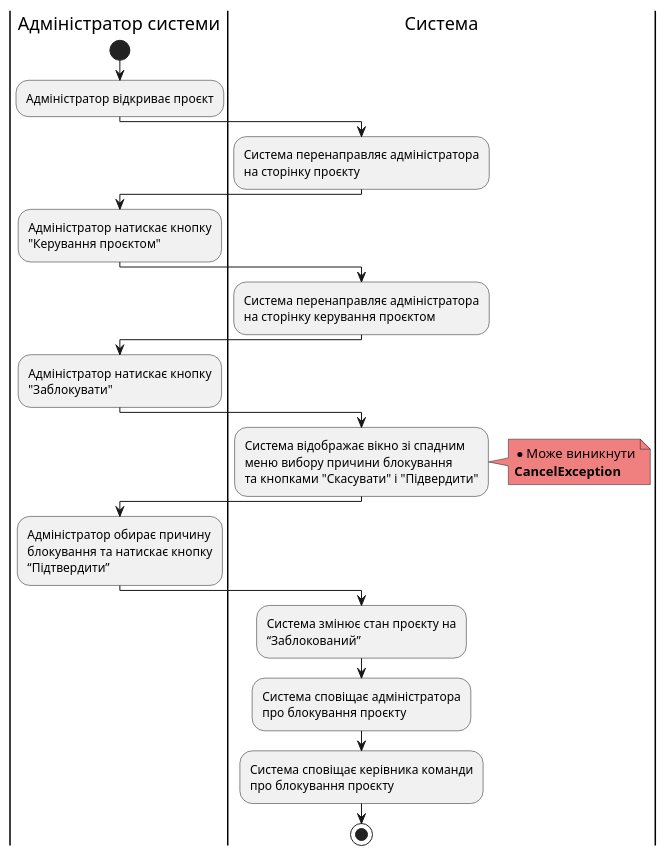
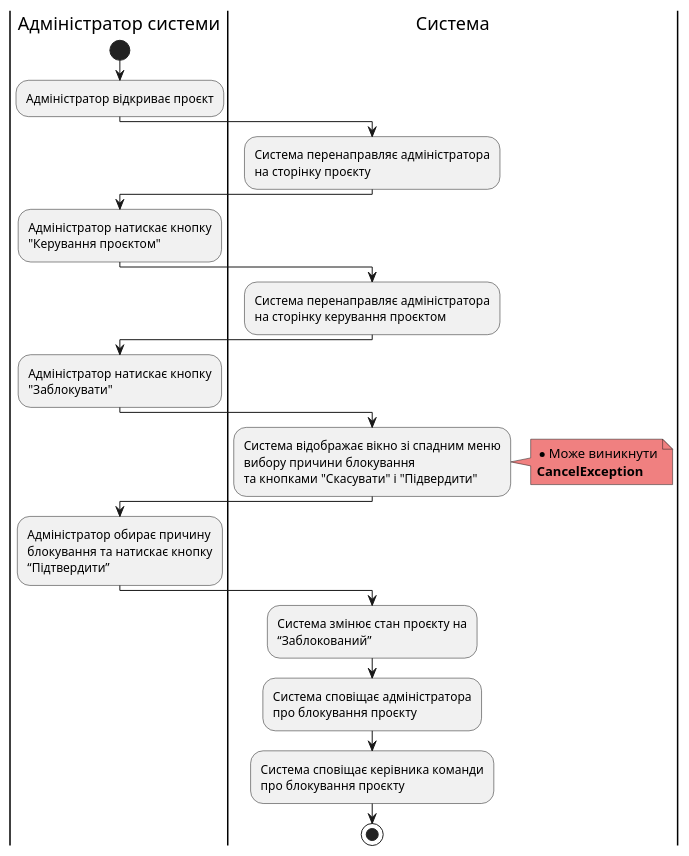
One commit to samoilenkomariia/db-coursework changed the fifth of 9 diagrams in docs/use cases/README.md. Above: the diagram before and after it, drawn with PlantUML. The commit also changed other lines of this file, not shown here.

```diff
--- a/docs/use cases/README.md
+++ b/docs/use cases/README.md
@@ -190,28 +190,28 @@
 @startuml
       
       |Адміністратор системи|
       start
       :Адміністратор відкриває проєкт;
       |Система|
       :Система перенаправляє адміністратора\nна сторінку проєкту;
       |Адміністратор системи|
       :Адміністратор натискає кнопку\n"Керування проєктом";
       |Система|
       :Система перенаправляє адміністратора\nна сторінку керування проєктом;
       |Адміністратор системи|
       :Адміністратор натискає кнопку\n"Заблокувати";
       |Система|
-      :Система відображає вікно зі спадним\nменю вибору причини блокування\nта кнопками "Скасувати" і "Підвердити";
+      :Система відображає вікно зі спадним меню\nвибору причини блокування\nта кнопками "Скасувати" і "Підвердити";
       note right #lightcoral
          * Може виникнути
          <b>CancelException</b>
       end note
       |Адміністратор системи|
       :Адміністратор обирає причину\nблокування та натискає кнопку\n“Підтвердити”;
       |Система|
       :Система змінює стан проєкту на\n“Заблокований”;
       :Система сповіщає адміністратора\nпро блокування проєкту;
       :Система сповіщає керівника команди\nпро блокування проєкту;
       stop
     
 @enduml
```
